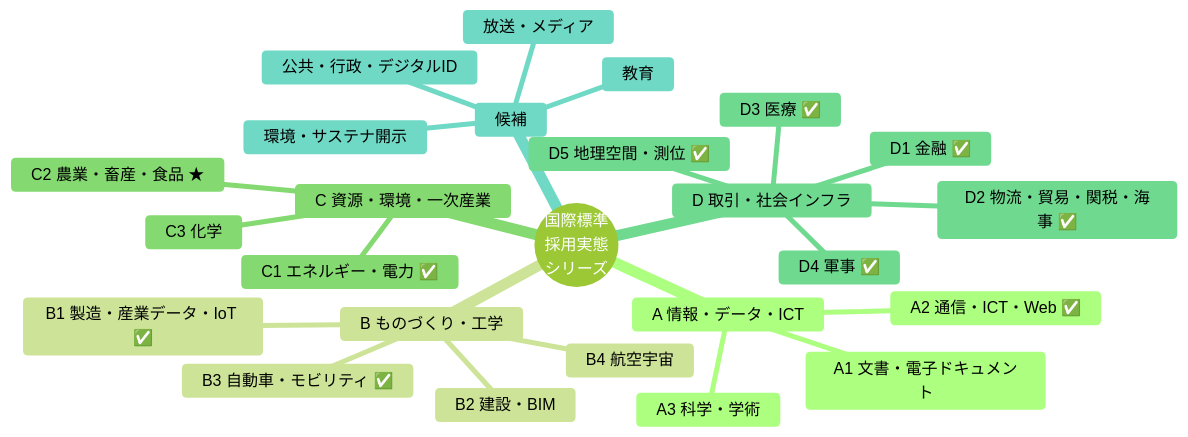
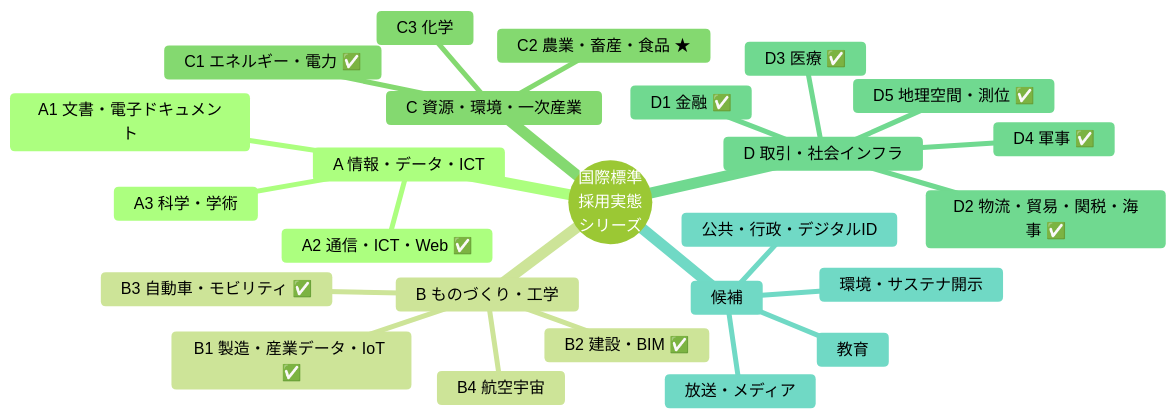
One commit to shuji-bonji/Current-Status-of-International-Standard-Adoption changed the second of 2 diagrams in 国際標準規格の採用実態_総括レポート_再編版.md. Above: the diagram before and after it, drawn with Mermaid (forest theme). The commit also changed other lines of this file and 2 other files, not shown here.

````diff
--- a/国際標準規格の採用実態_総括レポート_再編版.md
+++ b/国際標準規格の採用実態_総括レポート_再編版.md
@@ -237,28 +238,28 @@
 ```mermaid
 mindmap
   root((国際標準<br/>採用実態<br/>シリーズ))
     A 情報・データ・ICT
       A1 文書・電子ドキュメント
       A2 通信・ICT・Web ✅
       A3 科学・学術
     B ものづくり・工学
       B1 製造・産業データ・IoT ✅
-      B2 建設・BIM
+      B2 建設・BIM ✅
       B3 自動車・モビリティ ✅
       B4 航空宇宙
     C 資源・環境・一次産業
       C1 エネルギー・電力 ✅
       C2 農業・畜産・食品 ★
       C3 化学
     D 取引・社会インフラ
       D1 金融 ✅
       D2 物流・貿易・関税・海事 ✅
       D3 医療 ✅
       D4 軍事 ✅
       D5 地理空間・測位 ✅
     候補
       放送・メディア
       環境・サステナ開示
       公共・行政・デジタルID
       教育
 ```
````
